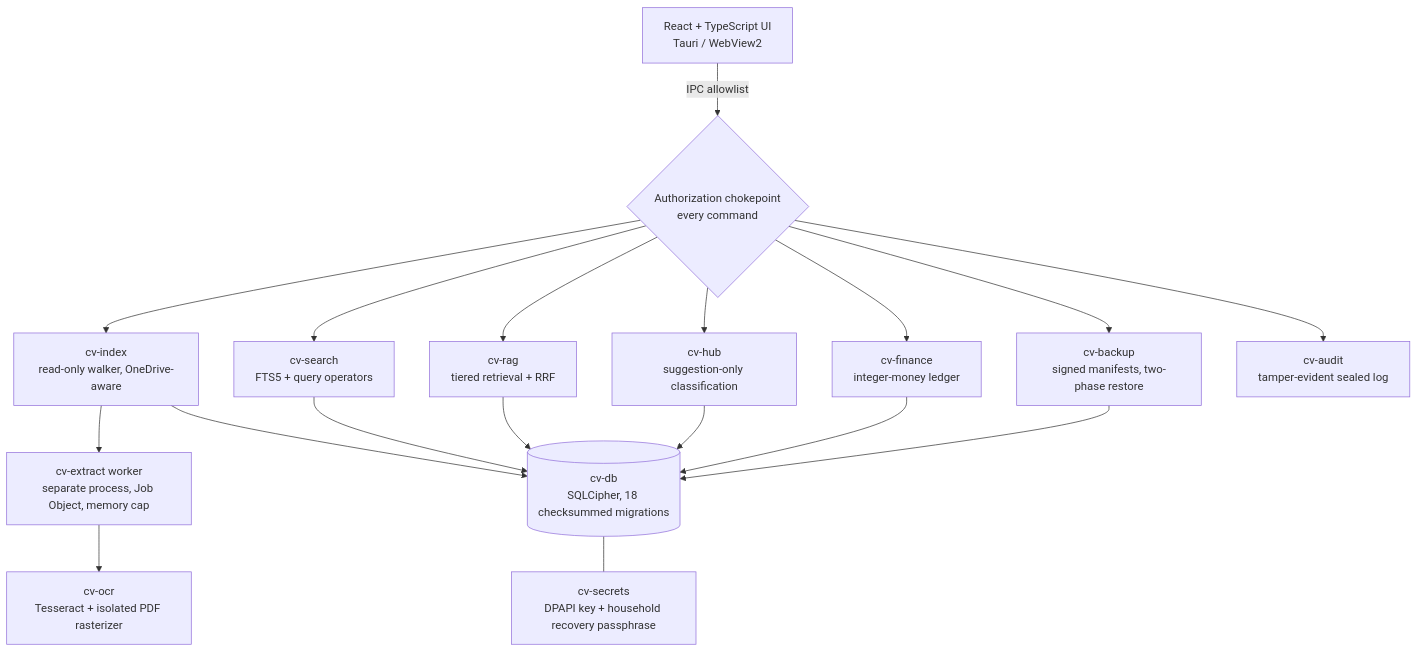
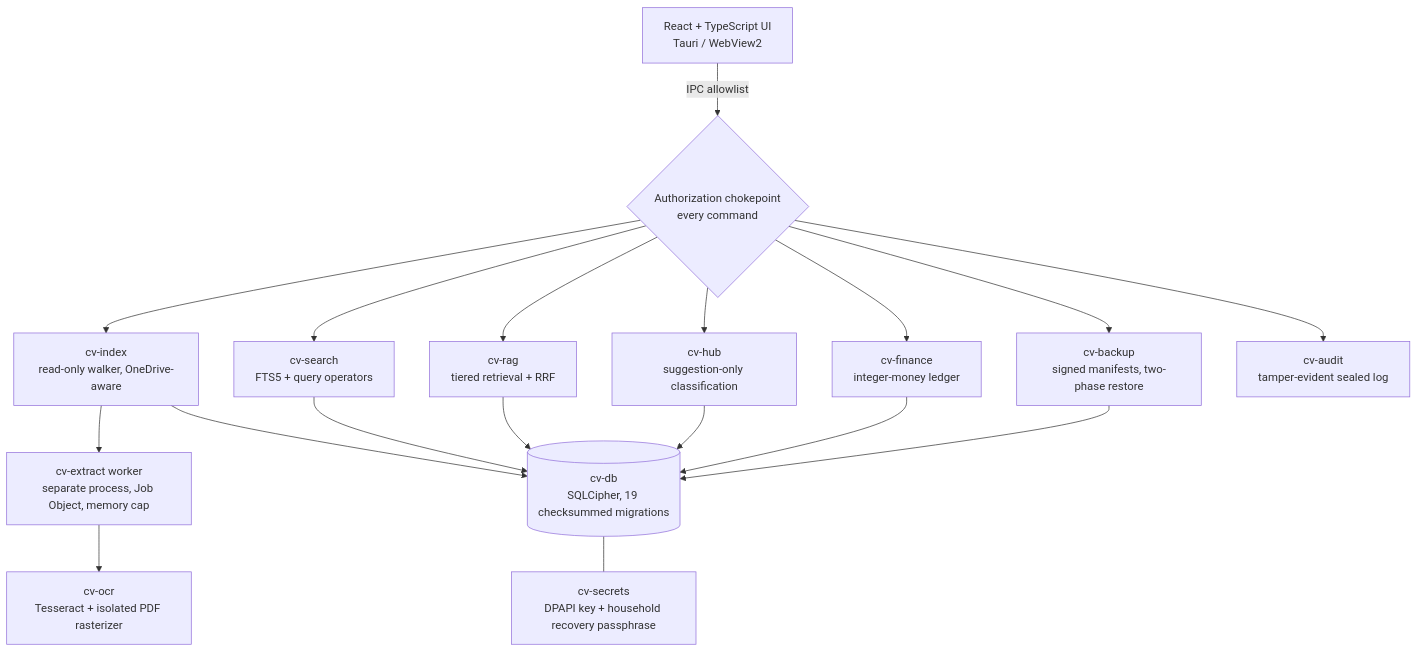
Before and after one commit to mshobin/mshobin: the diagram in case-studies/arq.md, drawn with Mermaid. The commit also changed 2 other files, not shown here.

Commit message:
Profile: FrameDecks under open source, reliable activity section, fixes
- Open source section lists FrameDecks next to itom-reference-architectures
- Drop the github-readme-stats cards (public instance is rate-limited);
  keep the self-generated contribution graph
- Add framedecks.com badge and FrameDecks product contact
- Current focus: FrameDecks code signing via SignPath Foundation
- A.R.Q. case study: 19 migrations (was 18)
- FrameDecks case study points to the new README screenshots

Claude-Session: https://claude.ai/code/session_01C98kkNkRo4r2gkmDkjuWZE

````diff
--- a/case-studies/arq.md
+++ b/case-studies/arq.md
@@ -41,15 +41,15 @@
 ```mermaid
 flowchart TB
   UI[React + TypeScript UI<br>Tauri / WebView2] -->|IPC allowlist| CP{Authorization chokepoint<br>every command}
   CP --> IDX[cv-index<br>read-only walker, OneDrive-aware]
   CP --> SR[cv-search<br>FTS5 + query operators]
   CP --> RAG[cv-rag<br>tiered retrieval + RRF]
   CP --> HUB[cv-hub<br>suggestion-only classification]
   CP --> FIN[cv-finance<br>integer-money ledger]
   CP --> BK[cv-backup<br>signed manifests, two-phase restore]
   IDX --> EX[cv-extract worker<br>separate process, Job Object, memory cap]
   EX --> OCR[cv-ocr<br>Tesseract + isolated PDF rasterizer]
-  IDX & SR & RAG & HUB & FIN & BK --> DB[(cv-db<br>SQLCipher, 18 checksummed migrations)]
+  IDX & SR & RAG & HUB & FIN & BK --> DB[(cv-db<br>SQLCipher, 19 checksummed migrations)]
   DB --- KEY[cv-secrets<br>DPAPI key + household recovery passphrase]
   CP --> AUD[cv-audit<br>tamper-evident sealed log]
 ```
````
